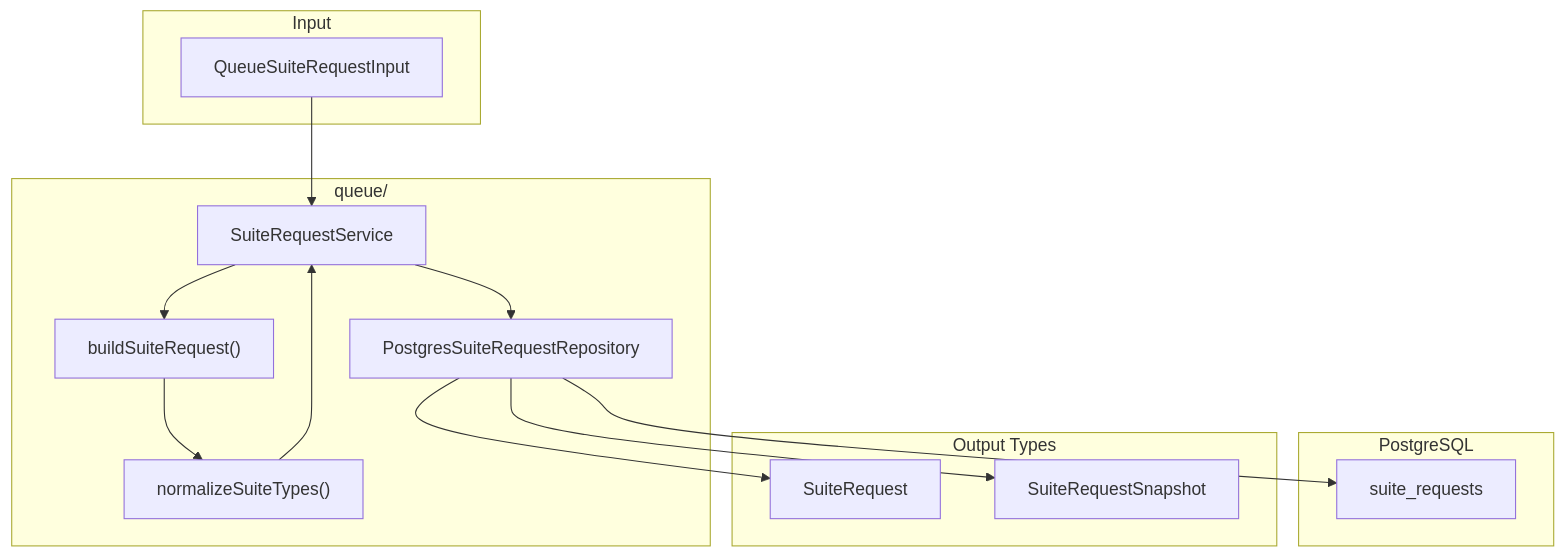
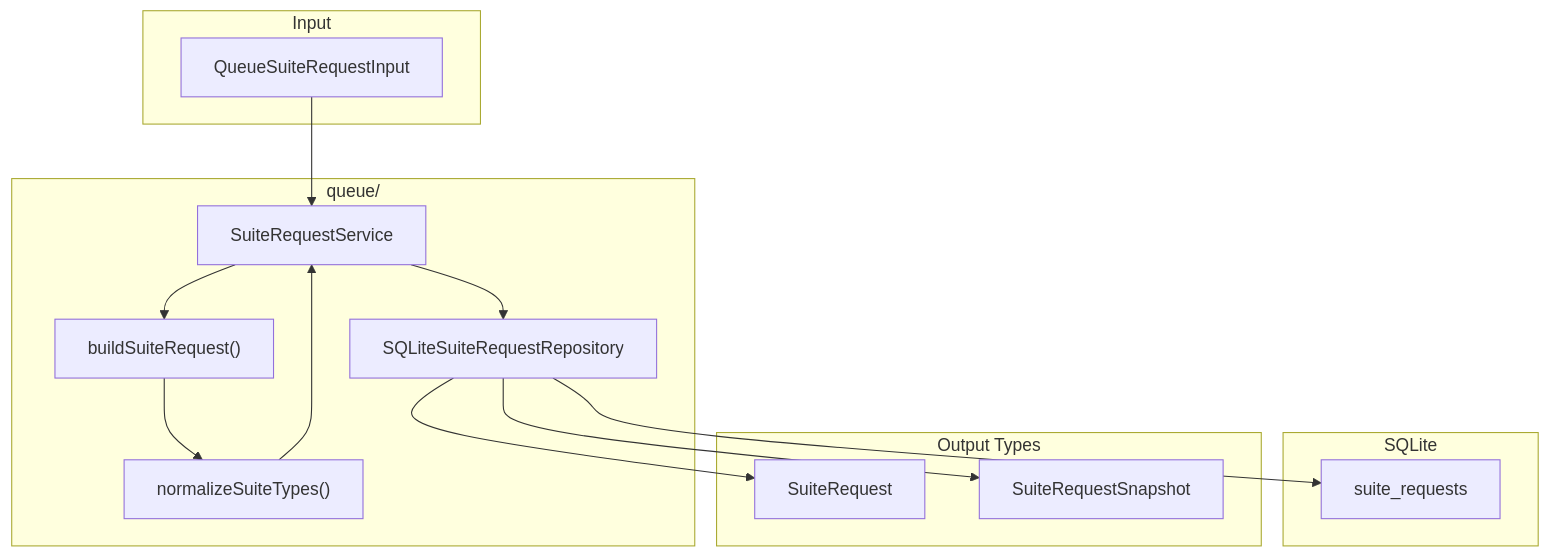
One commit to Vrooli/Vrooli changed the first of 2 diagrams in scenarios/test-genie/api/internal/queue/README.md. Above: the diagram before and after it, drawn with Mermaid. The commit also changed other lines of this file and 62 other files, not shown here.

````diff
--- a/scenarios/test-genie/api/internal/queue/README.md
+++ b/scenarios/test-genie/api/internal/queue/README.md
@@ -7,32 +7,32 @@
 ```mermaid
 flowchart TB
     subgraph Input["Input"]
         payload["QueueSuiteRequestInput"]
     end
 
     subgraph Queue["queue/"]
         svc["SuiteRequestService"]
-        repo["PostgresSuiteRequestRepository"]
+        repo["SQLiteSuiteRequestRepository"]
         build["buildSuiteRequest()"]
         validate["normalizeSuiteTypes()"]
     end
 
-    subgraph Storage["PostgreSQL"]
+    subgraph Storage["SQLite"]
         table["suite_requests"]
     end
 
     subgraph Output["Output Types"]
         request["SuiteRequest"]
         snapshot["SuiteRequestSnapshot"]
     end
 
     payload --> svc
     svc --> build
     build --> validate
     validate --> svc
     svc --> repo
     repo --> table
 
     repo --> request
     repo --> snapshot
 ```
````
